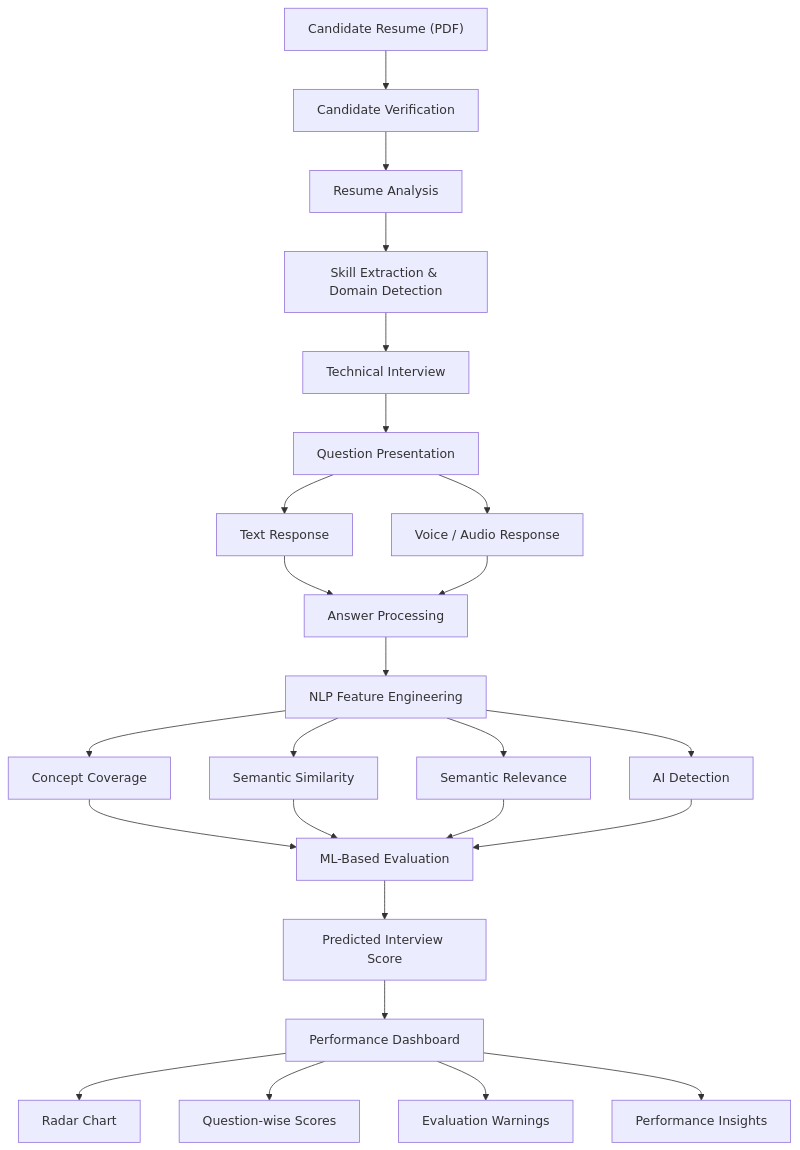
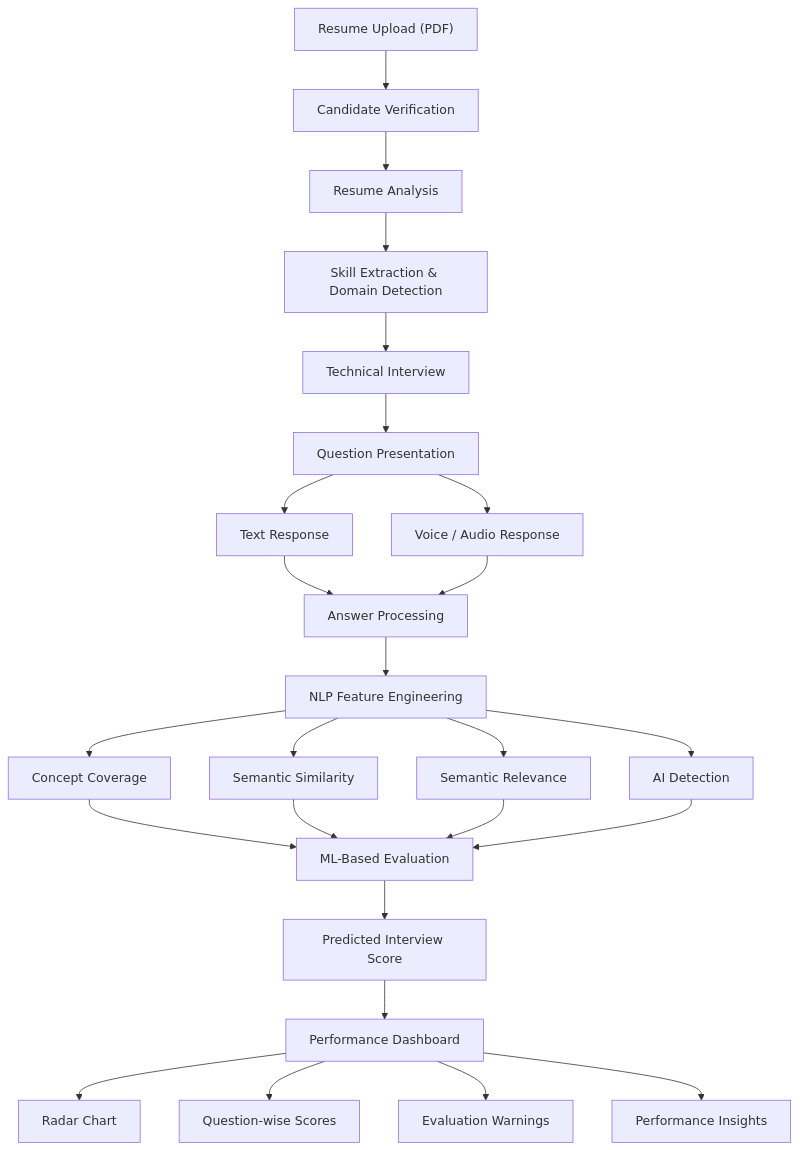
One commit to mohdkaunain/AI-Mock-Interview-Analyzer-and-Intelligent-Assessment-System changed the diagram in README.md. Above: the diagram before and after it, drawn with Mermaid. The commit also changed other lines of this file, not shown here.

````diff
--- a/README.md
+++ b/README.md
@@ -135,35 +139,34 @@
 ```mermaid
 flowchart TD
-    A["Candidate Resume (PDF)"] --> B["Candidate Verification"]
+    A["Resume Upload (PDF)"] --> B["Candidate Verification"]
     B --> C["Resume Analysis"]
     C --> D["Skill Extraction & Domain Detection"]
-
     D --> E["Technical Interview"]
     E --> F["Question Presentation"]
 
     F --> G["Text Response"]
     F --> H["Voice / Audio Response"]
 
     G --> I["Answer Processing"]
     H --> I
 
     I --> J["NLP Feature Engineering"]
 
     J --> K["Concept Coverage"]
     J --> L["Semantic Similarity"]
     J --> M["Semantic Relevance"]
     J --> N["AI Detection"]
 
     K --> O["ML-Based Evaluation"]
     L --> O
     M --> O
     N --> O
 
     O --> P["Predicted Interview Score"]
     P --> Q["Performance Dashboard"]
 
     Q --> R["Radar Chart"]
     Q --> S["Question-wise Scores"]
     Q --> T["Evaluation Warnings"]
     Q --> U["Performance Insights"]
 ```
````
